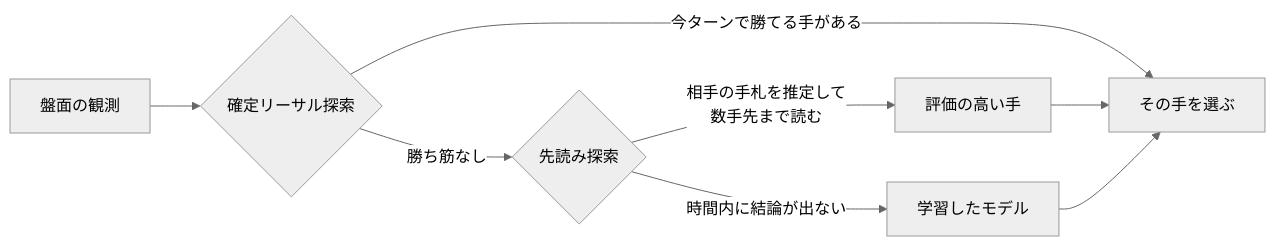
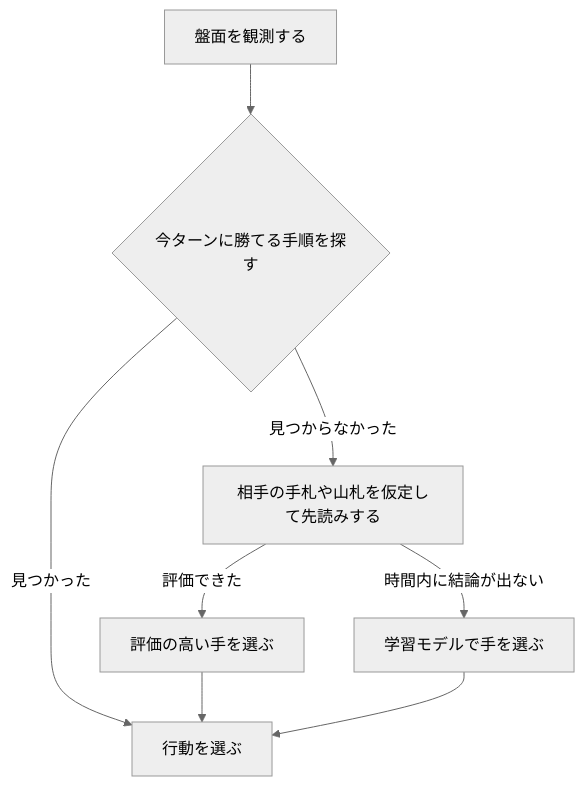
Before and after one commit to pokemon-ai-challenge/pokemon-tcg-ai-battle: the diagram in README.md, drawn with Mermaid (neutral theme). The commit also changed other lines of this file and 2 other files, not shown here.

````diff
--- a/README.md
+++ b/README.md
@@ -103,10 +44,10 @@
 ```mermaid
-flowchart LR
-    A[盤面の観測] --> B{確定リーサル探索}
-    B -->|今ターンで勝てる手がある| Z[その手を選ぶ]
-    B -->|勝ち筋なし| C{先読み探索}
-    C -->|相手の手札を推定して<br/>数手先まで読む| D[評価の高い手]
-    C -->|時間内に結論が出ない| E[学習したモデル]
+flowchart TD
+    A[盤面を観測する] --> B{今ターンに勝てる手順を探す}
+    B -->|見つかった| Z[行動を選ぶ]
+    B -->|見つからなかった| C[相手の手札や山札を仮定して先読みする]
+    C -->|評価できた| D[評価の高い手を選ぶ]
+    C -->|時間内に結論が出ない| E[学習モデルで手を選ぶ]
     D --> Z
     E --> Z
 ```
````
